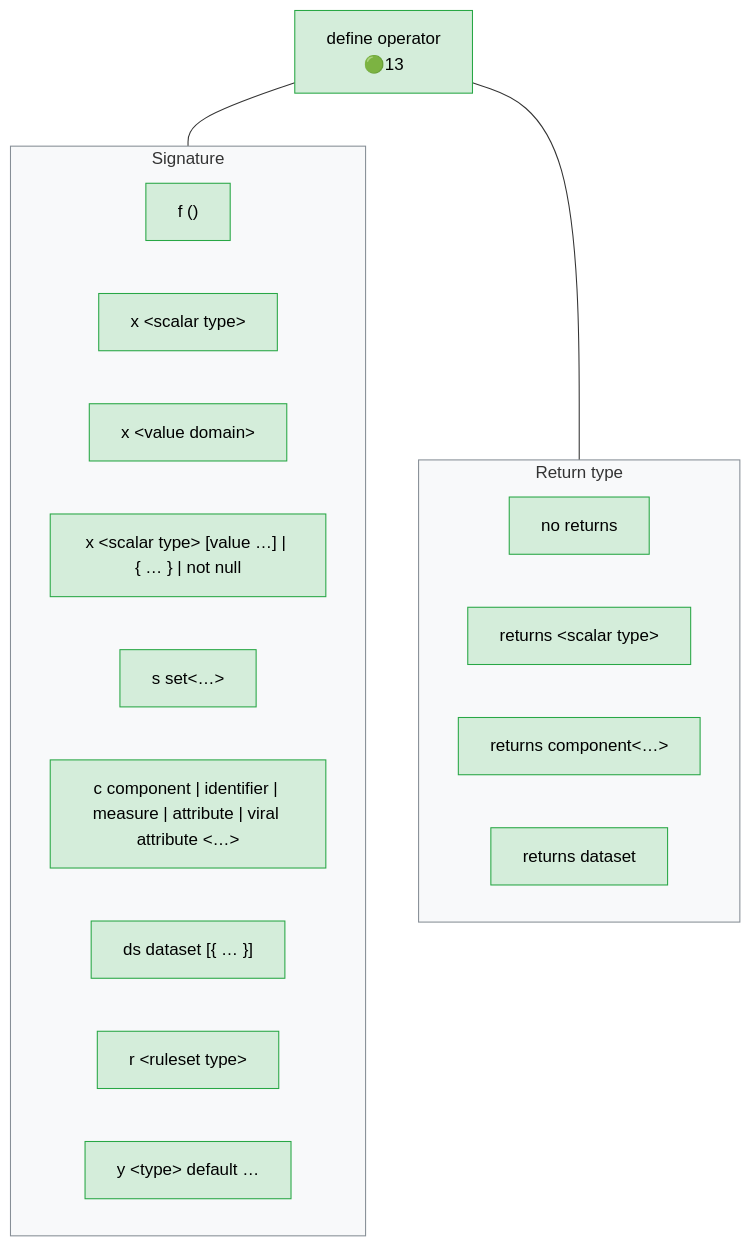
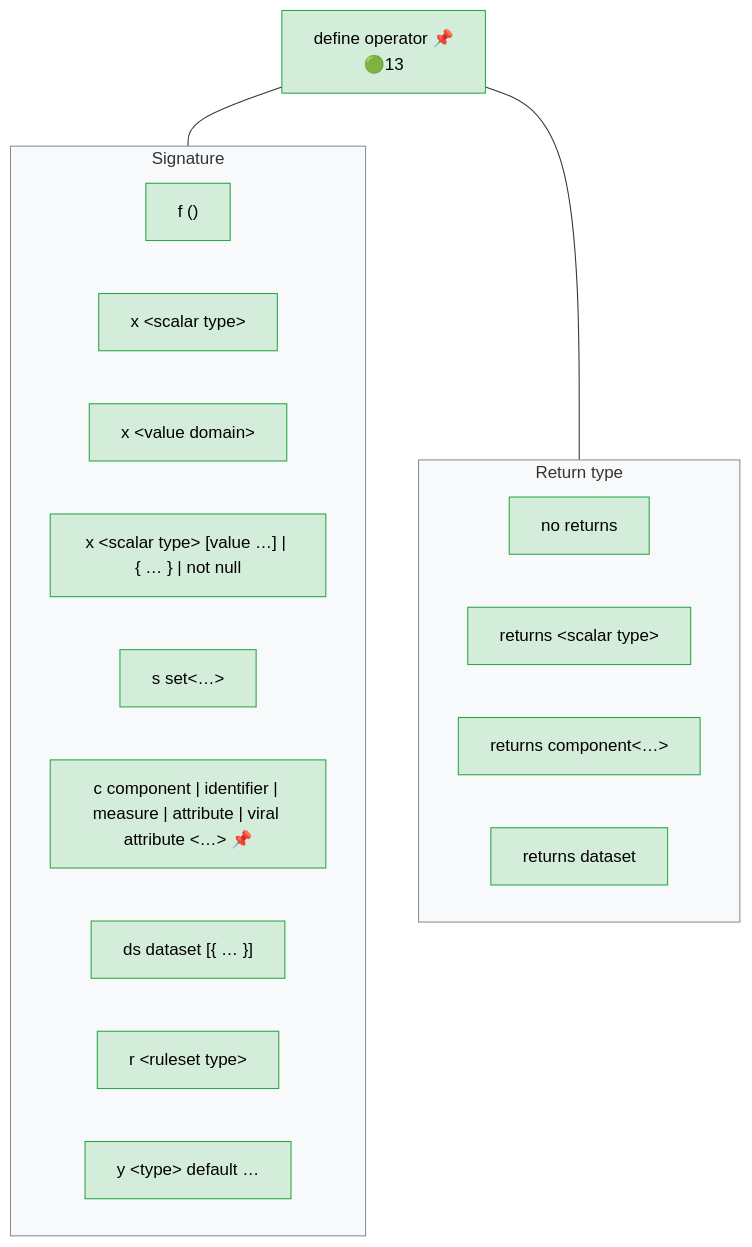
One commit to Meaningful-Data/vtlengine changed the diagram in docs/operator_map/definitions/define_operator.rst. Above: the diagram before and after it, drawn with Mermaid. The commit also changed 39 other files, not shown here.

```diff
--- a/docs/operator_map/definitions/define_operator.rst
+++ b/docs/operator_map/definitions/define_operator.rst
@@ -24,48 +24,48 @@
 .. mermaid::
    :config: {"flowchart": {"useMaxWidth": false}}
 
    flowchart TB
        classDef ok fill:#d4edda,stroke:#28a745,color:#000
        classDef partial fill:#fff3cd,stroke:#ffc107,color:#000
        classDef refused fill:#d4edda,stroke:#28a745,stroke-width:3px,stroke-dasharray: 2 2,color:#000
        classDef missing fill:#f8d7da,stroke:#dc3545,color:#000
        classDef diverge fill:#cce5ff,stroke:#007bff,color:#000
        classDef block fill:#2b3a4a,stroke:#2b3a4a,color:#fff,font-weight:bold
        classDef ext fill:#fff,stroke:#666,color:#000,stroke-dasharray: 5 5
-       O["define operator<br/>🟢13"]:::ok
+       O["define operator 📌<br/>🟢13"]:::ok
        subgraph G_b1["Signature"]
            direction LR
            v_no_parameters["f ()"]:::ok
            v_scalar_type["x #60;scalar type#62;"]:::ok
            v_value_domain["x #60;value domain#62;"]:::ok
            v_constrained_scalar["x #60;scalar type#62; #91;value …#93; #124; #123; … #125; #124; not null"]:::ok
            v_set["s set#60;…#62;"]:::ok
-           v_component["c component #124; identifier #124; measure #124; attribute #124; viral attribute #60;…#62;"]:::ok
+           v_component["c component #124; identifier #124; measure #124; attribute #124; viral attribute #60;…#62; 📌"]:::ok
            v_dataset["ds dataset #91;#123; … #125;#93;"]:::ok
            v_ruleset["r #60;ruleset type#62;"]:::ok
            v_default_value["y #60;type#62; default …"]:::ok
        end
        subgraph G_b2["Return type"]
            direction LR
            v_returns_omitted["no returns"]:::ok
            v_returns_scalar["returns #60;scalar type#62;"]:::ok
            v_returns_component["returns component#60;…#62;"]:::ok
            v_returns_dataset["returns dataset"]:::ok
        end
        O --- G_b1
        O --- G_b2
        style G_b1 fill:#f8f9fa,stroke:#868e96,stroke-width:1px
        style G_b2 fill:#f8f9fa,stroke:#868e96,stroke-width:1px
        click v_no_parameters href "#form-no-parameters"
        click v_scalar_type href "#form-scalar-type"
        click v_value_domain href "#form-value-domain"
        click v_constrained_scalar href "#form-constrained-scalar"
        click v_set href "#form-set"
        click v_component href "#form-component"
        click v_dataset href "#form-dataset"
        click v_ruleset href "#form-ruleset"
        click v_default_value href "#form-default-value"
        click v_returns_omitted href "#form-returns-omitted"
        click v_returns_scalar href "#form-returns-scalar"
        click v_returns_component href "#form-returns-component"
        click v_returns_dataset href "#form-returns-dataset"
```
